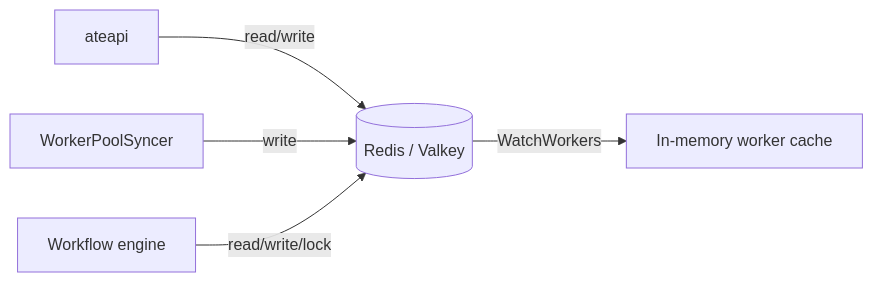
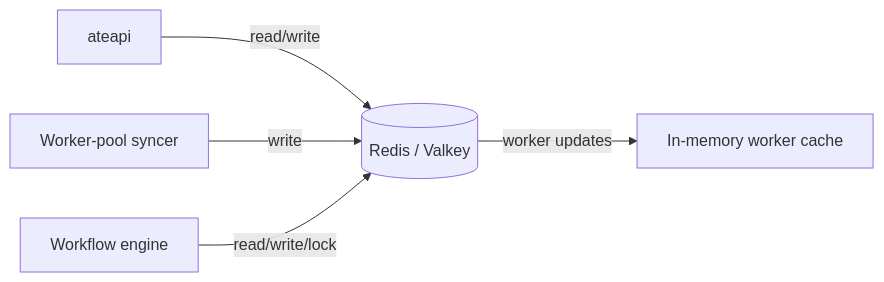
Before and after one commit to christian-posta/substrate: the first of 2 diagrams in atlas/src/content/docs/components/storage.mdx, drawn with Mermaid. The commit also changed other lines of this file and 27 other files, not shown here.

````diff
--- a/atlas/src/content/docs/components/storage.mdx
+++ b/atlas/src/content/docs/components/storage.mdx
@@ -18,9 +17,9 @@
 ```mermaid
 flowchart LR
   API[ateapi] -- read/write --> R[(Redis / Valkey)]
-  SYNC[WorkerPoolSyncer] -- write --> R
+  SYNC[Worker-pool syncer] -- write --> R
   WF[Workflow engine] -- read/write/lock --> R
-  R -- WatchWorkers --> WC[In-memory worker cache]
+  R -- worker updates --> WC[In-memory worker cache]
 
   click API "/components/ateapi/" "ateapi"
 ```
````
